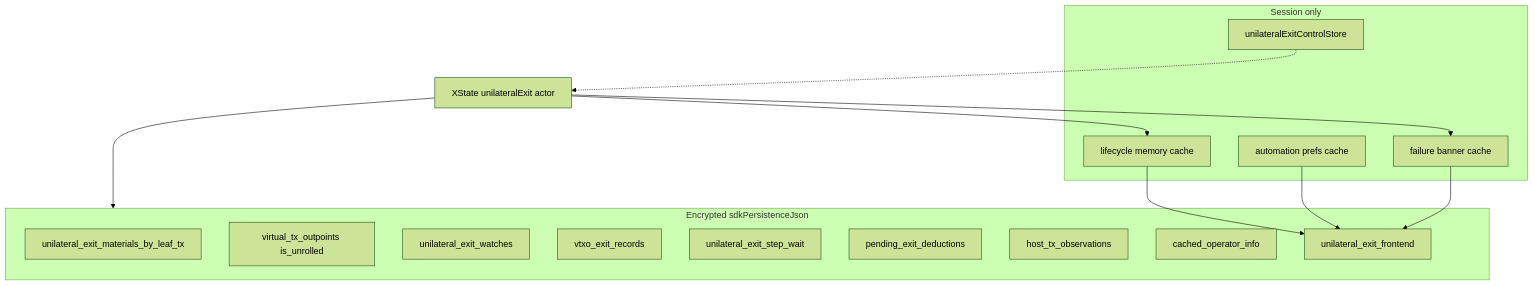
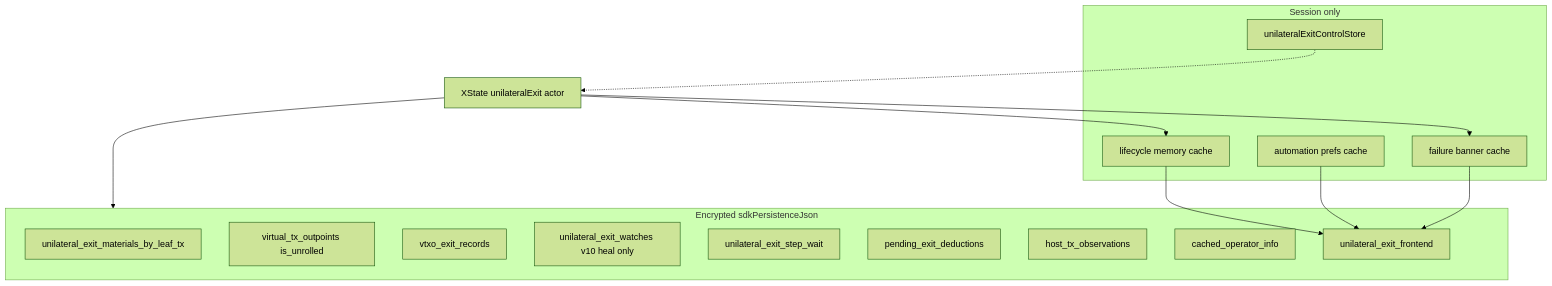
One commit to Radivis/bitboard-pwa-wallet changed the diagram in docs/persistence/unilateral-exit.md. Above: the diagram before and after it, drawn with Mermaid (forest theme). The commit also changed other lines of this file and 20 other files, not shown here.

````diff
--- a/docs/persistence/unilateral-exit.md
+++ b/docs/persistence/unilateral-exit.md
@@ -7,28 +7,28 @@
 ```mermaid
 flowchart TB
   subgraph wasmLayer [Encrypted sdkPersistenceJson]
     materials[unilateral_exit_materials_by_leaf_tx]
     vtxos[virtual_tx_outpoints is_unrolled]
-    watches[unilateral_exit_watches]
     records[vtxo_exit_records]
+    watchesHeal[unilateral_exit_watches v10 heal only]
     stepWait[unilateral_exit_step_wait]
     deductions[pending_exit_deductions]
     hostObs[host_tx_observations]
     cachedInfo[cached_operator_info]
     frontendBundle[unilateral_exit_frontend]
   end
   subgraph memoryOnly [Session only]
     jobCache[lifecycle memory cache]
     prefsCache[automation prefs cache]
     failureCache[failure banner cache]
     controlStore[unilateralExitControlStore]
   end
   actor[XState unilateralExit actor]
   actor --> jobCache
   actor --> failureCache
   actor --> wasmLayer
   jobCache --> frontendBundle
   prefsCache --> frontendBundle
   failureCache --> frontendBundle
   controlStore -.-> actor
 ```
````
